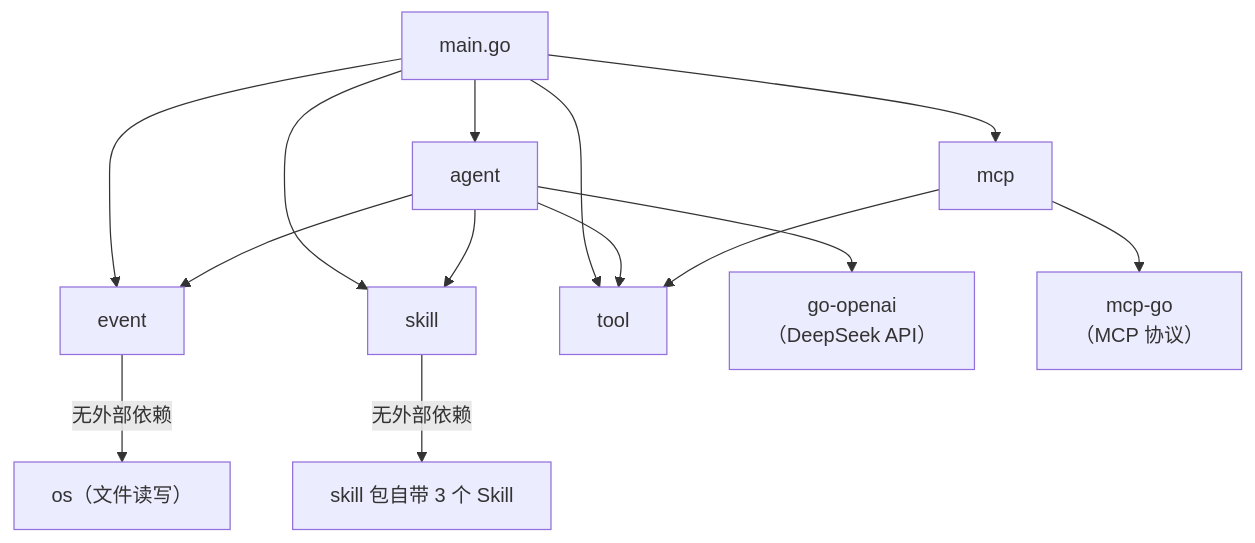
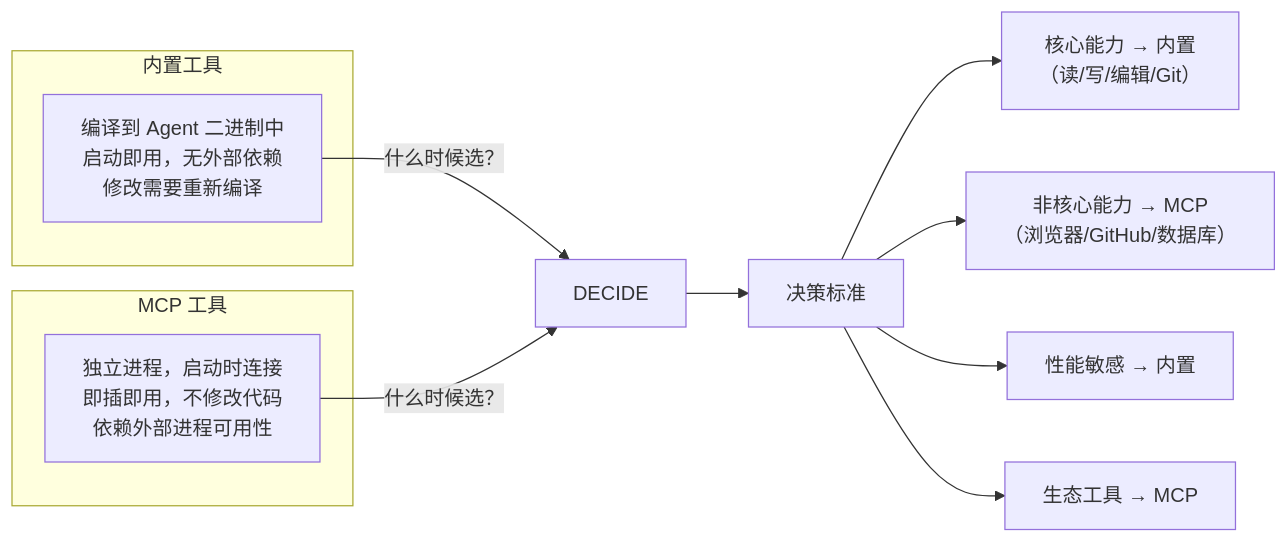
The third of 6 diagrams in architecture-overview.md (mchenziyi/qiuqiu-agent-plan), drawn with Mermaid before and after one commit. The commit also changed other lines of this file, not shown here.

Commit message:
docs: 升级架构知识图谱为深度版——设计决策、权衡、对比

````diff
--- a/architecture-overview.md
+++ b/architecture-overview.md
@@ -213,20 +140,18 @@
 ```mermaid
-graph TD
-    MAIN["main.go"] --> AGENT["agent"]
-    MAIN --> MCP["mcp"]
-    MAIN --> SKILL["skill"]
-    MAIN --> EVENT["event"]
-    MAIN --> TOOL["tool"]
+graph LR
+    subgraph 内置工具
+        B1["编译到 Agent 二进制中<br/>启动即用，无外部依赖<br/>修改需要重新编译"]
+    end
+    subgraph MCP 工具
+        M1["独立进程，启动时连接<br/>即插即用，不修改代码<br/>依赖外部进程可用性"]
+    end
 
-    AGENT --> TOOL
-    AGENT --> EVENT
-    AGENT --> SKILL
-    AGENT --> LLM_LIB["go-openai<br/>（DeepSeek API）"]
+    B1 -- "什么时候选？" --> DECIDE
+    M1 -- "什么时候选？" --> DECIDE
 
-    MCP --> TOOL
-    MCP --> MCP_LIB["mcp-go<br/>（MCP 协议）"]
-
-    SKILL -->|无外部依赖| SELF["skill 包自带 3 个 Skill"]
-
-    EVENT -->|无外部依赖| OS["os（文件读写）"]
+    DECIDE --> D["决策标准"]
+    D --> D1["核心能力 → 内置<br/>（读/写/编辑/Git）"]
+    D --> D2["非核心能力 → MCP<br/>（浏览器/GitHub/数据库）"]
+    D --> D3["性能敏感 → 内置"]
+    D --> D4["生态工具 → MCP"]
 ```
````
